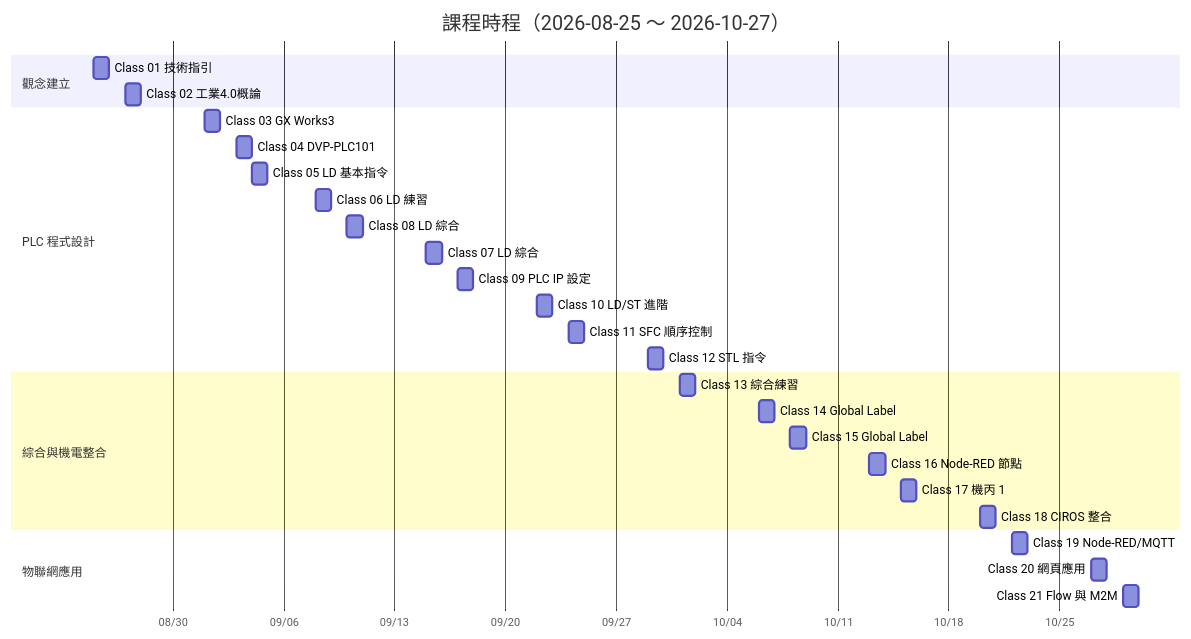
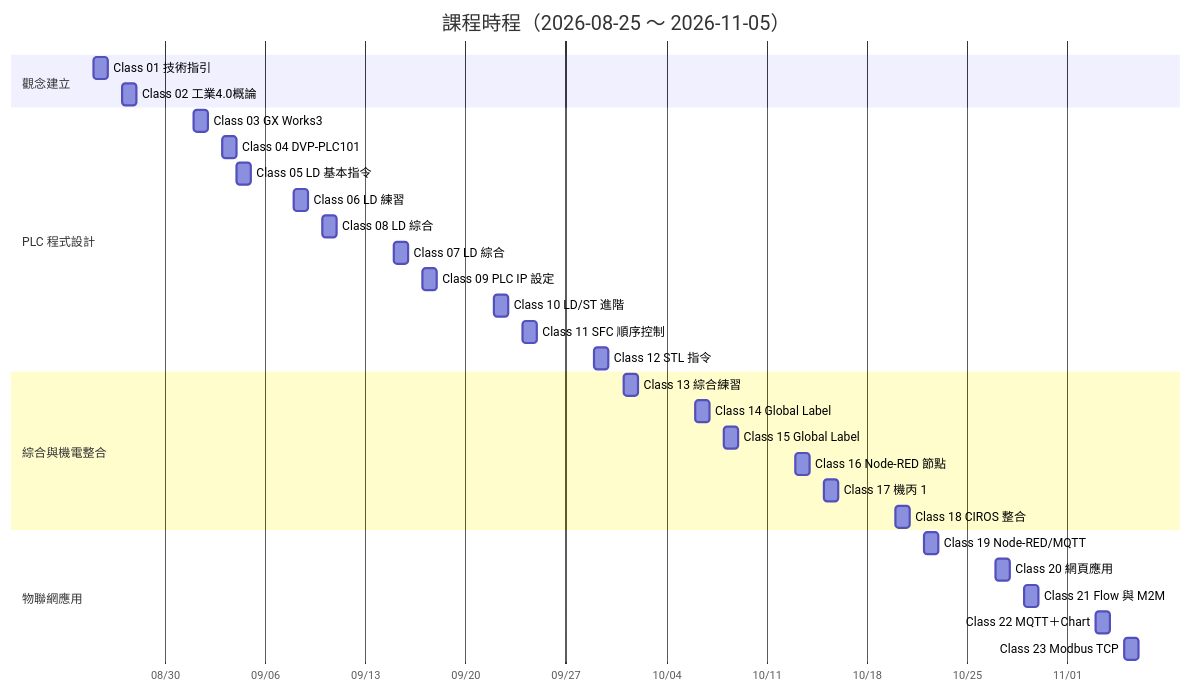
One commit to yd7148/INDUSTRY-4.0 changed the second of 3 diagrams in docs/COURSE-MAP.md. Above: the diagram before and after it, drawn with Mermaid. The commit also changed other lines of this file and 107 other files, not shown here.

Commit message:
Add Class-23-2026-11-05 course materials, class folder READMEs, course timeline SVG, playlist index

````diff
--- a/docs/COURSE-MAP.md
+++ b/docs/COURSE-MAP.md
@@ -59,31 +62,33 @@
 ```mermaid
 gantt
-    title 課程時程（2026-08-25 ～ 2026-10-27）
+    title 課程時程（2026-08-25 ～ 2026-11-05）
     dateFormat YYYY-MM-DD
     axisFormat %m/%d
     section 觀念建立
     Class 01 技術指引        :c01, 2026-08-25, 1d
     Class 02 工業4.0概論      :c02, 2026-08-27, 1d
     section PLC 程式設計
     Class 03 GX Works3       :c03, 2026-09-01, 1d
     Class 04 DVP-PLC101      :c04, 2026-09-03, 1d
     Class 05 LD 基本指令      :c05, 2026-09-04, 1d
     Class 06 LD 練習          :c06, 2026-09-08, 1d
     Class 08 LD 綜合          :c08, 2026-09-10, 1d
     Class 07 LD 綜合          :c07, 2026-09-15, 1d
     Class 09 PLC IP 設定      :c09, 2026-09-17, 1d
     Class 10 LD/ST 進階       :c10, 2026-09-22, 1d
     Class 11 SFC 順序控制     :c11, 2026-09-24, 1d
     Class 12 STL 指令         :c12, 2026-09-29, 1d
     section 綜合與機電整合
     Class 13 綜合練習         :c13, 2026-10-01, 1d
     Class 14 Global Label    :c14, 2026-10-06, 1d
     Class 15 Global Label    :c15, 2026-10-08, 1d
     Class 16 Node-RED 節點    :c16, 2026-10-13, 1d
     Class 17 機丙 1           :c17, 2026-10-15, 1d
     Class 18 CIROS 整合       :c18, 2026-10-20, 1d
     section 物聯網應用
     Class 19 Node-RED/MQTT   :c19, 2026-10-22, 1d
     Class 20 網頁應用         :c20, 2026-10-27, 1d
     Class 21 Flow 與 M2M      :c21, 2026-10-29, 1d
+    Class 22 MQTT＋Chart     :c22, 2026-11-03, 1d
+    Class 23 Modbus TCP      :c23, 2026-11-05, 1d
 ```
````
